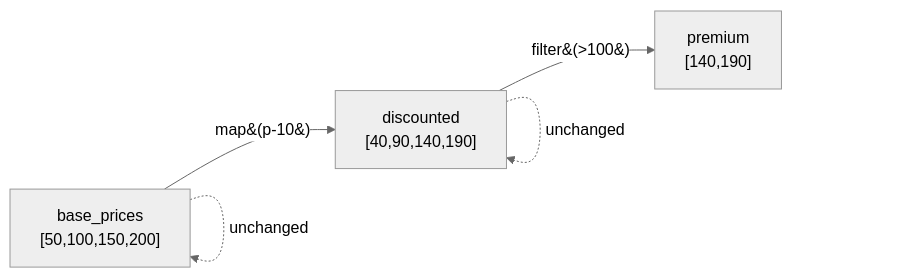
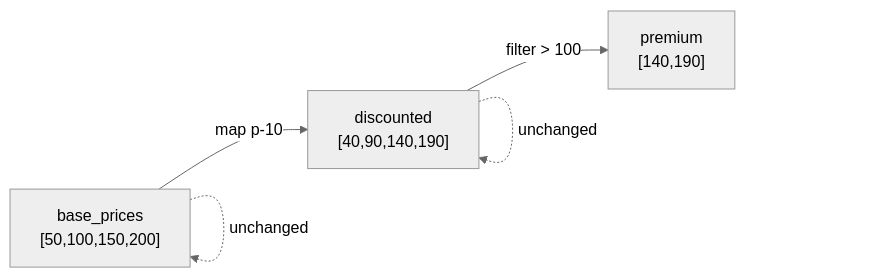
Before and after one commit to hsoni92/ml-workbook: the diagram in bits-pilani/trimester-3/notes/big-data-platforms-and-analytics/week-05/04-immutability-why-rdds-never-change-transcript.md, drawn with Mermaid (neutral theme). The commit also changed 4 other files, not shown here.

````diff
--- a/bits-pilani/trimester-3/notes/big-data-platforms-and-analytics/week-05/04-immutability-why-rdds-never-change-transcript.md
+++ b/bits-pilani/trimester-3/notes/big-data-platforms-and-analytics/week-05/04-immutability-why-rdds-never-change-transcript.md
@@ -28,7 +28,7 @@
 ```mermaid
 flowchart LR
-    A["base_prices\n[50,100,150,200]"] -->|map&#40;p-10&#41;| B["discounted\n[40,90,140,190]"]
-    B -->|filter&#40;>100&#41;| C["premium\n[140,190]"]
+    A["base_prices\n[50,100,150,200]"] -->|map p-10| B["discounted\n[40,90,140,190]"]
+    B -->|filter > 100| C["premium\n[140,190]"]
     A -.->|unchanged| A
     B -.->|unchanged| B
 ```
````
